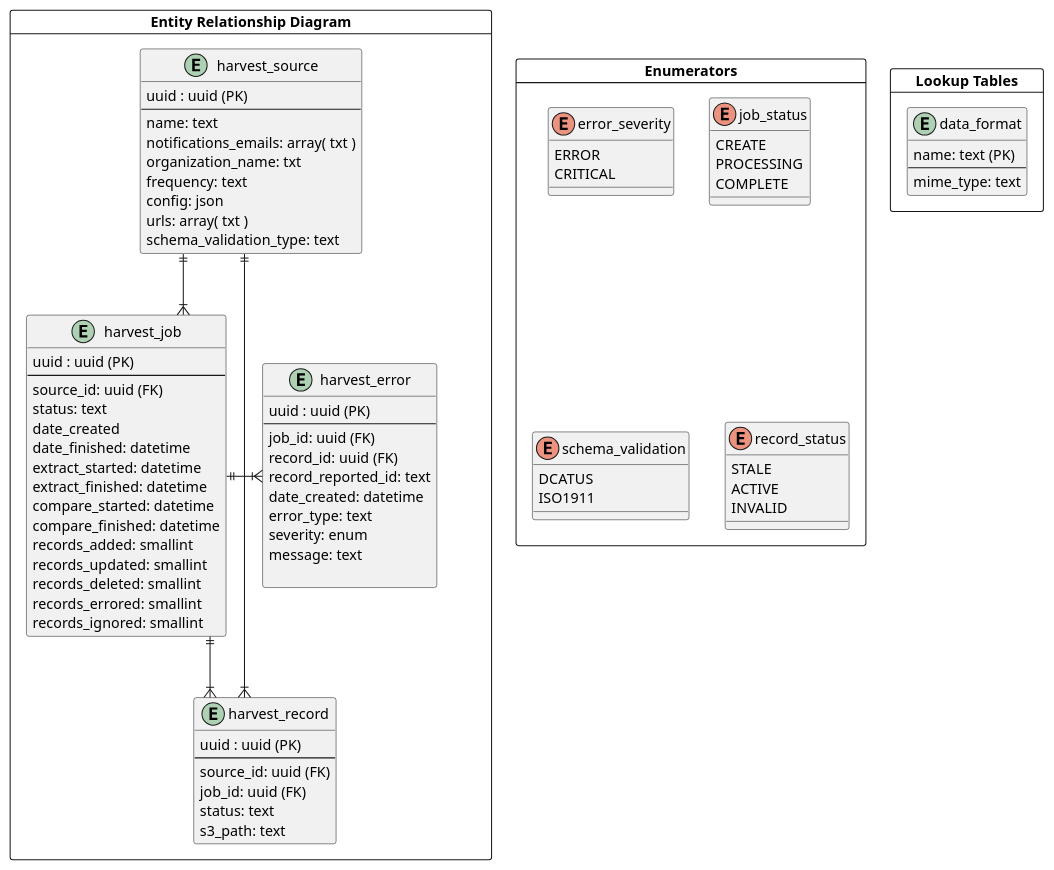
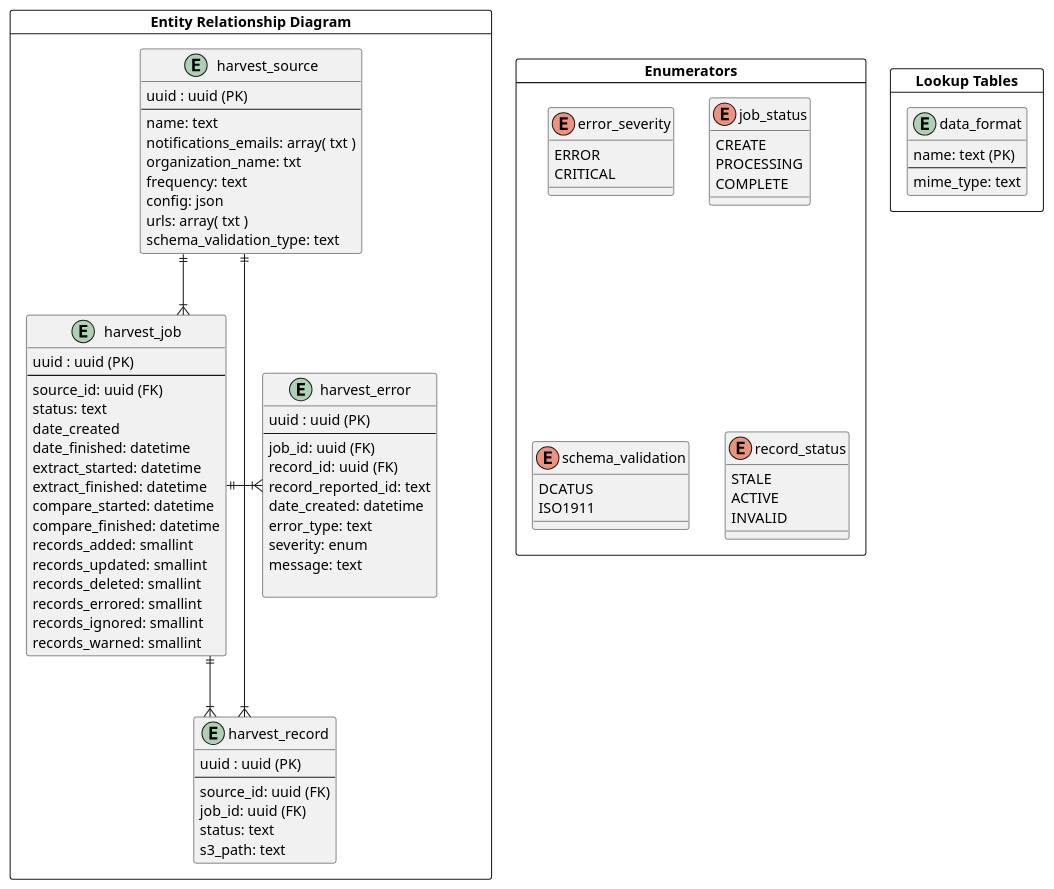
The diagram in docs/diagrams/uml/src/erd.plantuml (GSA/datagov-harvester), drawn with PlantUML before and after one commit. The commit also changed 1 other file, not shown here.

```diff
--- a/docs/diagrams/uml/src/erd.plantuml
+++ b/docs/diagrams/uml/src/erd.plantuml
@@ -1,102 +1,103 @@
 @startuml harvester2.0 ERD 
 
 skinparam linetype ortho
 
 ' ERD
 card "Entity Relationship Diagram" as entities {
   entity "harvest_source" as source {
     uuid : uuid (PK)
     --
     name: text
     notifications_emails: array( txt )
     organization_name: txt
     frequency: text
     config: json
     urls: array( txt ) 
     schema_validation_type: text
   }
 
   entity "harvest_record" as record {
     uuid : uuid (PK)
     --
     source_id: uuid (FK)
     job_id: uuid (FK)
     status: text
     s3_path: text
   }
 
   entity "harvest_job" as job {
     uuid : uuid (PK)
     --
     source_id: uuid (FK)
     status: text
     date_created 
     date_finished: datetime
     extract_started: datetime
     extract_finished: datetime
     compare_started: datetime
     compare_finished: datetime
     records_added: smallint
     records_updated: smallint
     records_deleted: smallint
     records_errored: smallint
     records_ignored: smallint
+    records_warned: smallint
   }
 
   entity "harvest_error" as error {
     uuid : uuid (PK)
     --
     job_id: uuid (FK)
     record_id: uuid (FK)
     record_reported_id: text
     date_created: datetime
     error_type: text
     severity: enum
     message: text
 
   }
 }
 
 ' lookup tables
 card "Lookup Tables" as lookup {
   
   entity "data_format" as data_format {
     name: text (PK)
     --
     mime_type: text
   }
 }
 
 ' enumerators
 card "Enumerators" as enumerators {
 
   enum error_severity {
     ERROR
     CRITICAL
   }
 
   enum job_status {
     CREATE
     PROCESSING
     COMPLETE
   }
 
   enum schema_validation {
     DCATUS
     ISO1911
   }
 
   enum record_status {
     STALE
     ACTIVE
     INVALID
   }
 } 
 
 ' relationships
 source ||--|{ job
 source ||--|{ record
 job ||--|{ record
 job ||-|{ error
 
 @enduml
```
